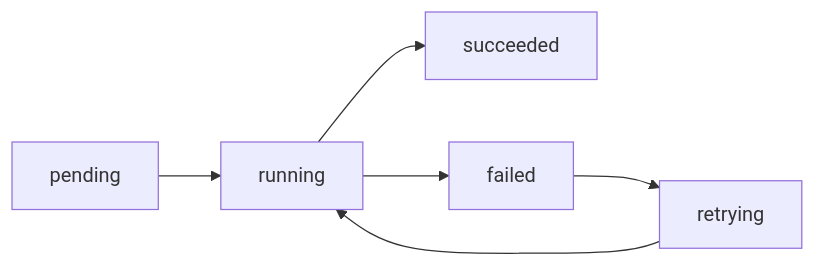
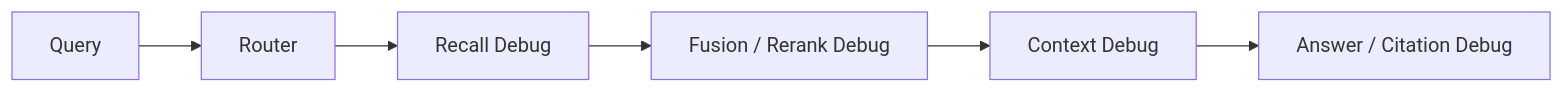
The tenth of 23 diagrams in company_target/day1-day20-summary.md (pretextQ/Reminder), drawn with Mermaid before and after one commit. The commit also changed other lines of this file and 4 other files, not shown here.

````diff
--- a/company_target/day1-day20-summary.md
+++ b/company_target/day1-day20-summary.md
@@ -306,8 +322,8 @@
 ```mermaid
 flowchart LR
-    A[pending] --> B[running]
-    B --> C[succeeded]
-    B --> D[failed]
-    D --> E[retrying]
-    E --> B
+    A[Query] --> B[Router]
+    B --> C[Recall Debug]
+    C --> D[Fusion / Rerank Debug]
+    D --> E[Context Debug]
+    E --> F[Answer / Citation Debug]
 ```
````
